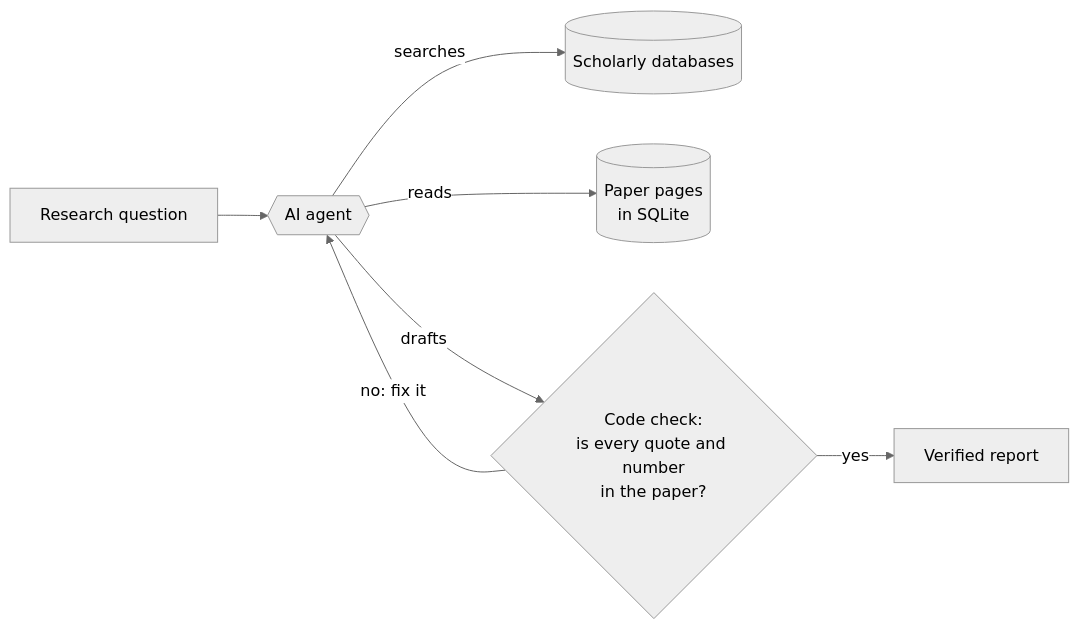
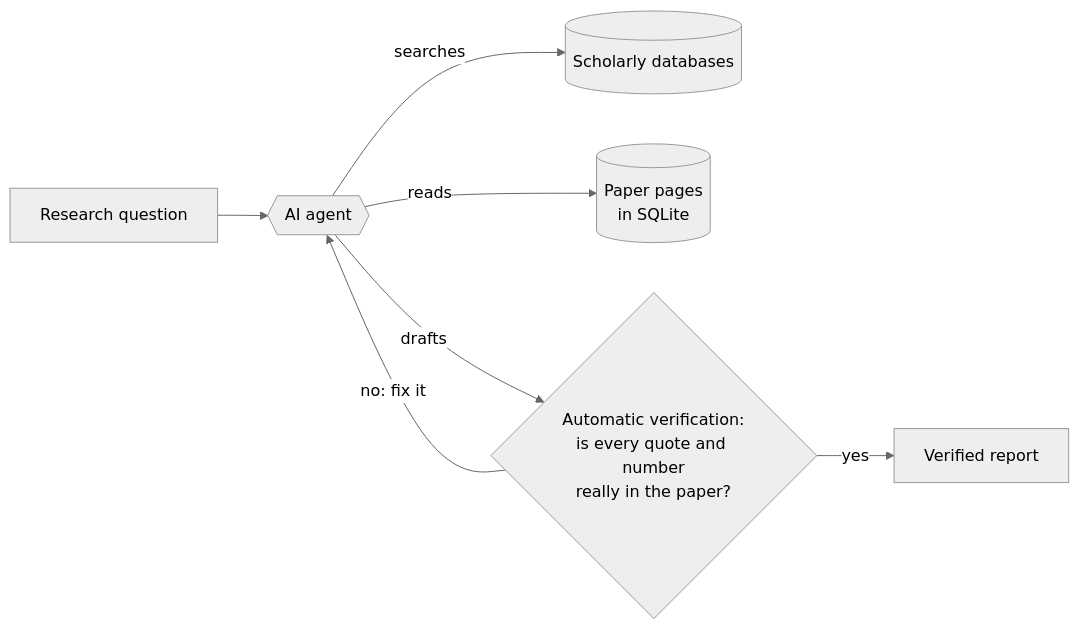
Before and after one commit to sharon0r/verified-lit-review: the diagram in README.md, drawn with Mermaid (neutral theme). The commit also changed other lines of this file, not shown here.

Commit message:
README: clearer wording for the verification step

````diff
--- a/README.md
+++ b/README.md
@@ -27,9 +27,9 @@
 ```mermaid
 flowchart LR
     Q[Research question] --> A{{AI agent}}
     A -- searches --> S[(Scholarly databases)]
     A -- reads --> P[(Paper pages<br/>in SQLite)]
-    A -- drafts --> C{Code check:<br/>is every quote and number<br/>in the paper?}
+    A -- drafts --> C{Automatic verification:<br/>is every quote and number<br/>really in the paper?}
     C -- no: fix it --> A
     C -- yes --> R[Verified report]
 ```
````
